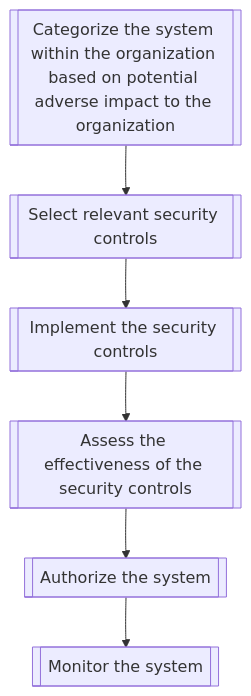
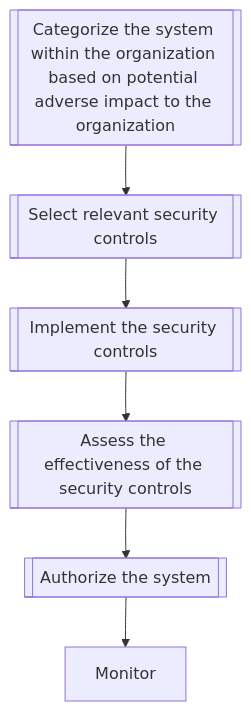
The diagram in ato.md (mgifford/mermaid-graphs), drawn with Mermaid before and after one commit.

````diff
--- a/ato.md
+++ b/ato.md
@@ -10,10 +10,9 @@
 ```mermaid
 graph TD
 
 Categorize[[Categorize the system within the organization based on potential adverse impact to the organization]] --> Select
 Select[[Select relevant security controls]] --> Implement
 Implement[[Implement the security controls]] --> Assess
 Assess[[Assess the effectiveness of the security controls]] --> Authorize
 Authorize[[Authorize the system‍]] --> Monitor
-Monitor[[Monitor the system]]
 ```
````
